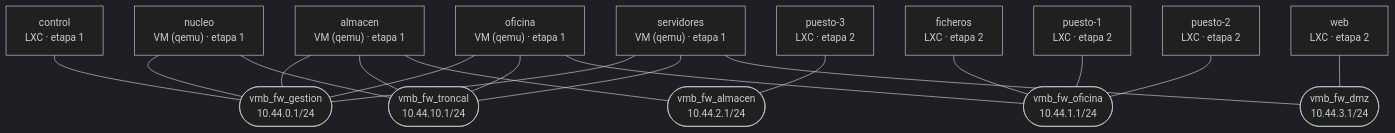
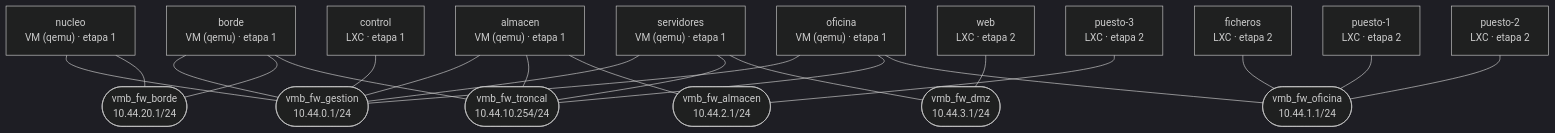
Before and after one commit to MagicJF/netlabs-iac: the diagram in labs/08_dunder-mifflin-con-fw/08_dunder-mifflin-con-fw.md, drawn with Mermaid (dark theme). The commit also changed other lines of this file and 8 other files, not shown here.

````diff
--- a/labs/08_dunder-mifflin-con-fw/08_dunder-mifflin-con-fw.md
+++ b/labs/08_dunder-mifflin-con-fw/08_dunder-mifflin-con-fw.md
@@ -24,35 +24,40 @@
 ```mermaid
 graph TD
     b_vmb_fw_gestion(["vmb_fw_gestion<br/>10.44.0.1/24"])
-    b_vmb_fw_troncal(["vmb_fw_troncal<br/>10.44.10.1/24"])
+    b_vmb_fw_borde(["vmb_fw_borde<br/>10.44.20.1/24"])
+    b_vmb_fw_troncal(["vmb_fw_troncal<br/>10.44.10.254/24"])
     b_vmb_fw_oficina(["vmb_fw_oficina<br/>10.44.1.1/24"])
     b_vmb_fw_almacen(["vmb_fw_almacen<br/>10.44.2.1/24"])
     b_vmb_fw_dmz(["vmb_fw_dmz<br/>10.44.3.1/24"])
     i_almacen["almacen<br/>VM (qemu) · etapa 1"]
     i_almacen --- b_vmb_fw_gestion
     i_almacen --- b_vmb_fw_troncal
     i_almacen --- b_vmb_fw_almacen
+    i_borde["borde<br/>VM (qemu) · etapa 1"]
+    i_borde --- b_vmb_fw_gestion
+    i_borde --- b_vmb_fw_borde
+    i_borde --- b_vmb_fw_troncal
     i_control["control<br/>LXC · etapa 1"]
     i_control --- b_vmb_fw_gestion
     i_nucleo["nucleo<br/>VM (qemu) · etapa 1"]
     i_nucleo --- b_vmb_fw_gestion
-    i_nucleo --- b_vmb_fw_troncal
+    i_nucleo --- b_vmb_fw_borde
     i_oficina["oficina<br/>VM (qemu) · etapa 1"]
     i_oficina --- b_vmb_fw_gestion
     i_oficina --- b_vmb_fw_troncal
     i_oficina --- b_vmb_fw_oficina
     i_servidores["servidores<br/>VM (qemu) · etapa 1"]
     i_servidores --- b_vmb_fw_gestion
     i_servidores --- b_vmb_fw_troncal
     i_servidores --- b_vmb_fw_dmz
     i_ficheros["ficheros<br/>LXC · etapa 2"]
     i_ficheros --- b_vmb_fw_oficina
     i_puesto_1["puesto-1<br/>LXC · etapa 2"]
     i_puesto_1 --- b_vmb_fw_oficina
     i_puesto_2["puesto-2<br/>LXC · etapa 2"]
     i_puesto_2 --- b_vmb_fw_oficina
     i_puesto_3["puesto-3<br/>LXC · etapa 2"]
     i_puesto_3 --- b_vmb_fw_almacen
     i_web["web<br/>LXC · etapa 2"]
     i_web --- b_vmb_fw_dmz
 ```
````
